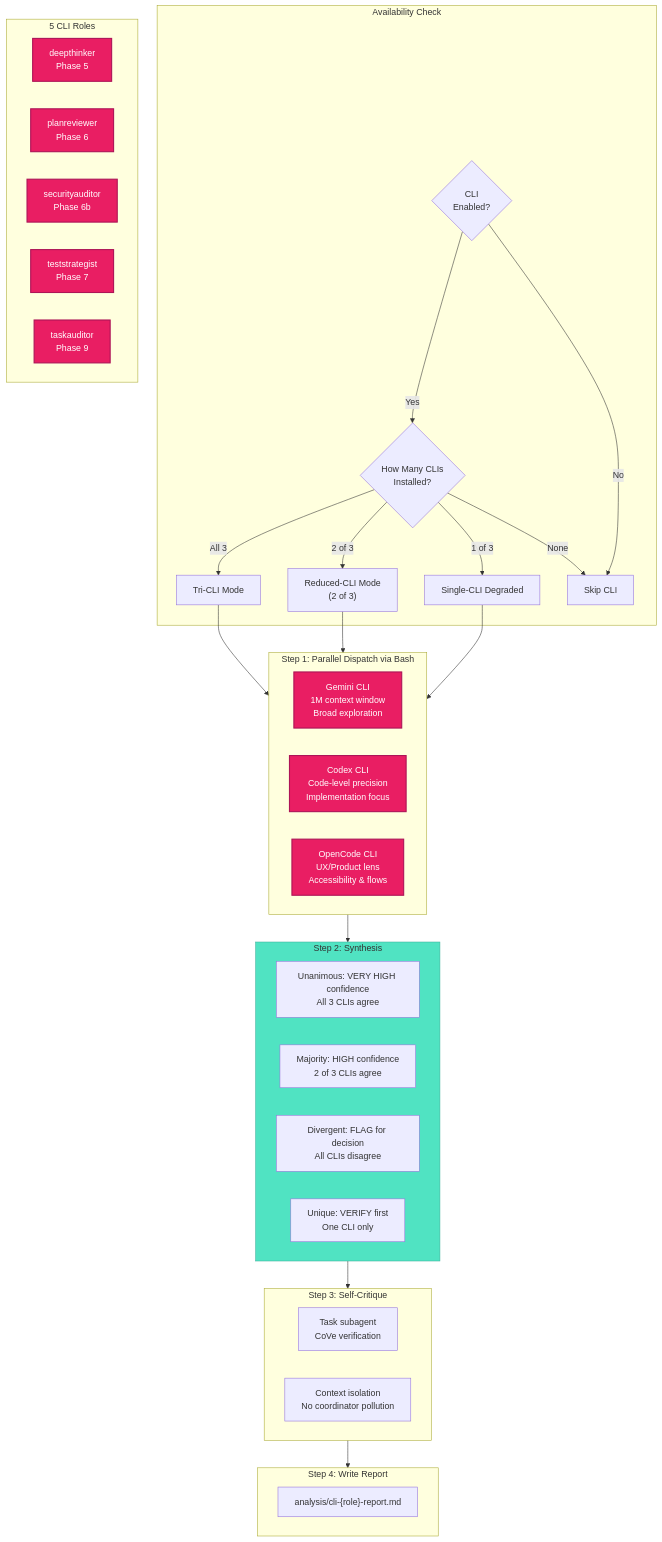
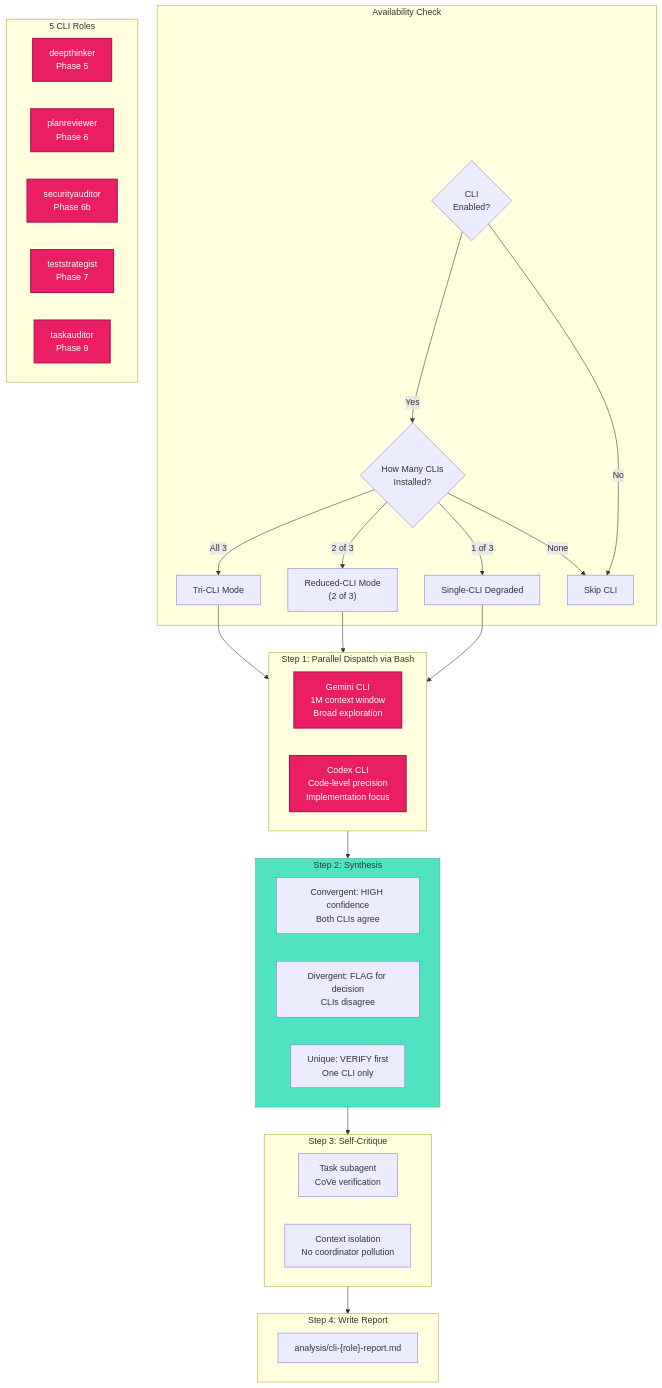
Before and after one commit to g3nx89/carlas-pantry: the fifth of 11 diagrams in plugins/product-planning/docs/workflow-diagram.md, drawn with Mermaid. The commit also changed other lines of this file and 30 other files, not shown here.

First line of the commit message:
feat(product-planning): migrate CLI dispatch to ntm robot mode, drop OpenCode, add Agent Teams (v3.2.0)

````diff
--- a/plugins/product-planning/docs/workflow-diagram.md
+++ b/plugins/product-planning/docs/workflow-diagram.md
@@ -418,61 +418,59 @@
 ```mermaid
 flowchart TB
     classDef cli fill:#E91E63,stroke:#AD1457,color:#fff,stroke-width:2px
     classDef synthesis fill:#50E3C2,stroke:#3BB09A,color:#333,stroke-width:1px
 
     subgraph CHECK["Availability Check"]
         CK1{"CLI<br/>Enabled?"}
         CK2{"How Many CLIs<br/>Installed?"}
         CK3["Tri-CLI Mode"]
         CK4["Reduced-CLI Mode<br/>(2 of 3)"]
         CK4b["Single-CLI Degraded"]
         CK5["Skip CLI"]
 
         CK1 -->|Yes| CK2
         CK1 -->|No| CK5
         CK2 -->|All 3| CK3
         CK2 -->|2 of 3| CK4
         CK2 -->|1 of 3| CK4b
         CK2 -->|None| CK5
     end
 
     subgraph DISPATCH["Step 1: Parallel Dispatch via Bash"]
         direction LR
         G["Gemini CLI<br/>1M context window<br/>Broad exploration"]
         C["Codex CLI<br/>Code-level precision<br/>Implementation focus"]
-        O["OpenCode CLI<br/>UX/Product lens<br/>Accessibility & flows"]
     end
 
     subgraph SYNTH["Step 2: Synthesis"]
-        SY0["Unanimous: VERY HIGH confidence<br/>All 3 CLIs agree"]
-        SY1["Majority: HIGH confidence<br/>2 of 3 CLIs agree"]
-        SY2["Divergent: FLAG for decision<br/>All CLIs disagree"]
+        SY0["Convergent: HIGH confidence<br/>Both CLIs agree"]
+        SY2["Divergent: FLAG for decision<br/>CLIs disagree"]
         SY3["Unique: VERIFY first<br/>One CLI only"]
     end
 
     subgraph CRITIQUE["Step 3: Self-Critique"]
         CR1["Task subagent<br/>CoVe verification"]
         CR2["Context isolation<br/>No coordinator pollution"]
     end
 
     subgraph REPORT["Step 4: Write Report"]
         RP["analysis/cli-{role}-report.md"]
     end
 
     subgraph ROLES["5 CLI Roles"]
         direction LR
         R1["deepthinker<br/>Phase 5"]
         R2["planreviewer<br/>Phase 6"]
         R3["securityauditor<br/>Phase 6b"]
         R4["teststrategist<br/>Phase 7"]
         R5["taskauditor<br/>Phase 9"]
     end
 
     CK3 --> DISPATCH
     CK4 --> DISPATCH
     CK4b --> DISPATCH
     DISPATCH --> SYNTH --> CRITIQUE --> REPORT
 
     class G,C,O,R1,R2,R3,R4,R5 cli
     class SYNTH synthesis
 ```
````
